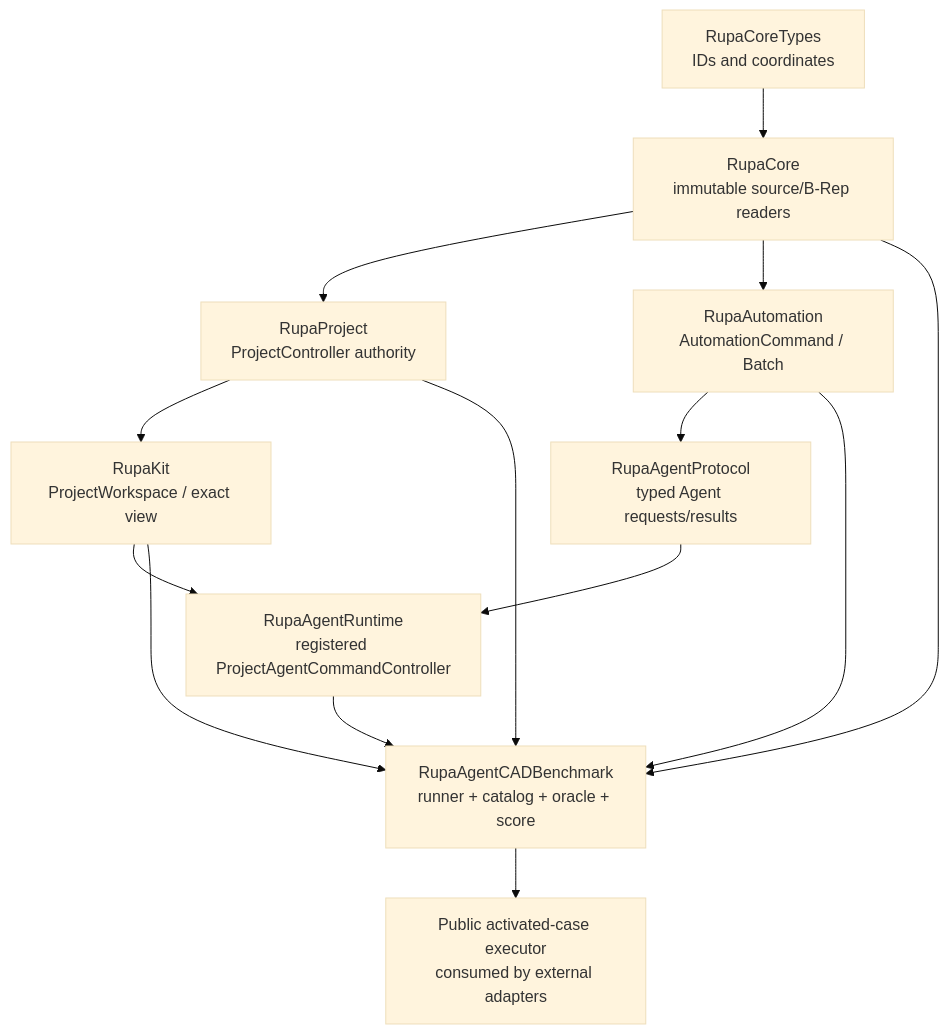
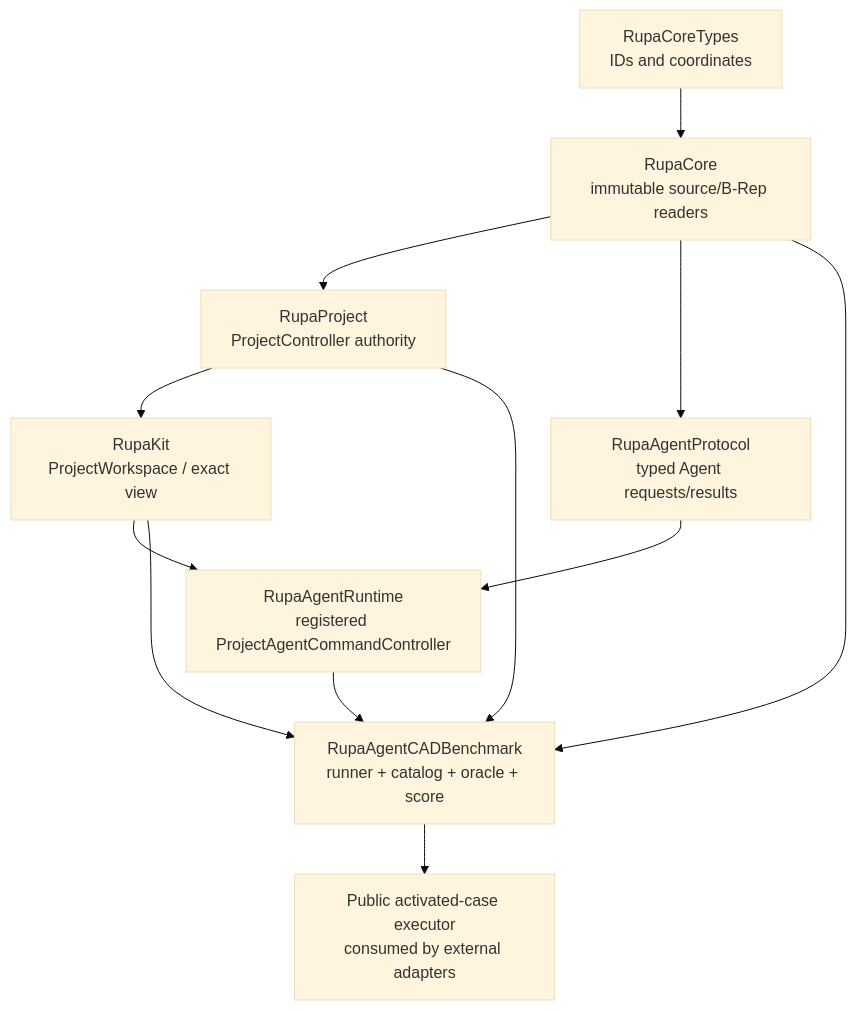
Before and after one commit to 1amageek/Rupa: the second of 6 diagrams in RupaKit/Sources/RupaAgentCADBenchmark/DESIGN.md, drawn with Mermaid (base theme). The commit also changed other lines of this file and 212 other files, not shown here.

Commit message:
Remove raw Agent feature graph access

````diff
--- a/RupaKit/Sources/RupaAgentCADBenchmark/DESIGN.md
+++ b/RupaKit/Sources/RupaAgentCADBenchmark/DESIGN.md
@@ -90,16 +124,14 @@
 ```mermaid
 flowchart TD
     Types["RupaCoreTypes\nIDs and coordinates"] --> Core["RupaCore\nimmutable source/B-Rep readers"]
     Core --> Project["RupaProject\nProjectController authority"]
-    Core --> Automation["RupaAutomation\nAutomationCommand / Batch"]
     Project --> Kit["RupaKit\nProjectWorkspace / exact view"]
-    Automation --> Protocol["RupaAgentProtocol\ntyped Agent requests/results"]
+    Core --> Protocol["RupaAgentProtocol\ntyped Agent requests/results"]
     Kit --> Runtime["RupaAgentRuntime\nregistered ProjectAgentCommandController"]
     Protocol --> Runtime
     Runtime --> Benchmark["RupaAgentCADBenchmark\nrunner + catalog + oracle + score"]
     Core --> Benchmark
     Project --> Benchmark
-    Automation --> Benchmark
     Kit --> Benchmark
     Benchmark --> External["Public activated-case executor\nconsumed by external adapters"]
 ```
````
